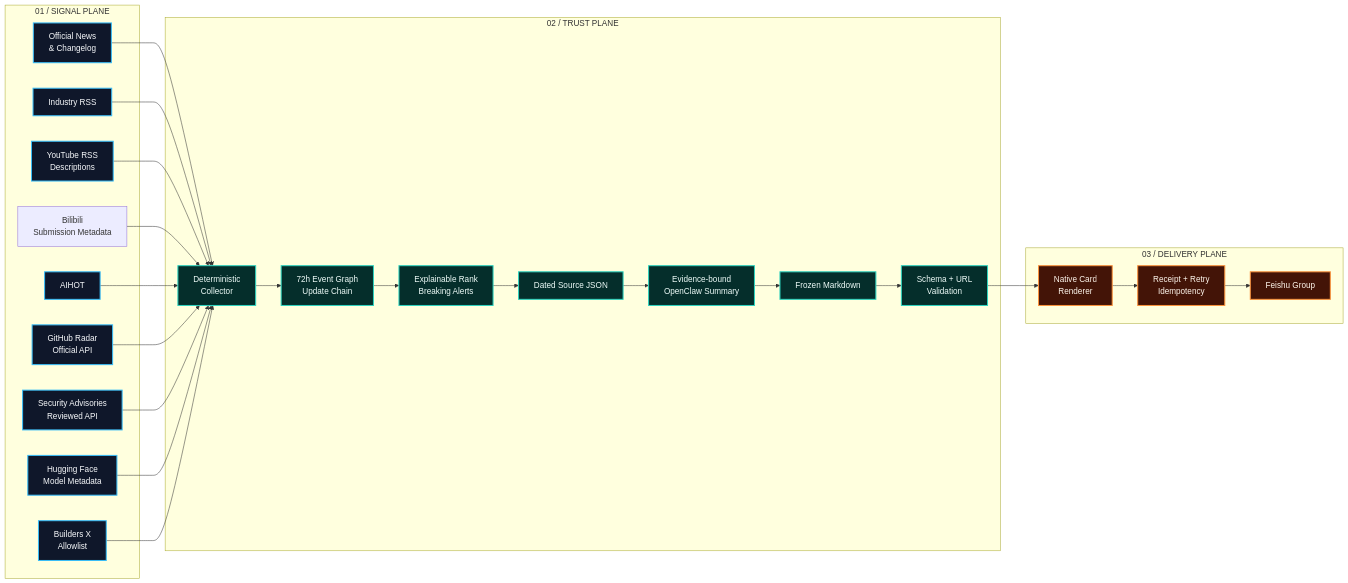
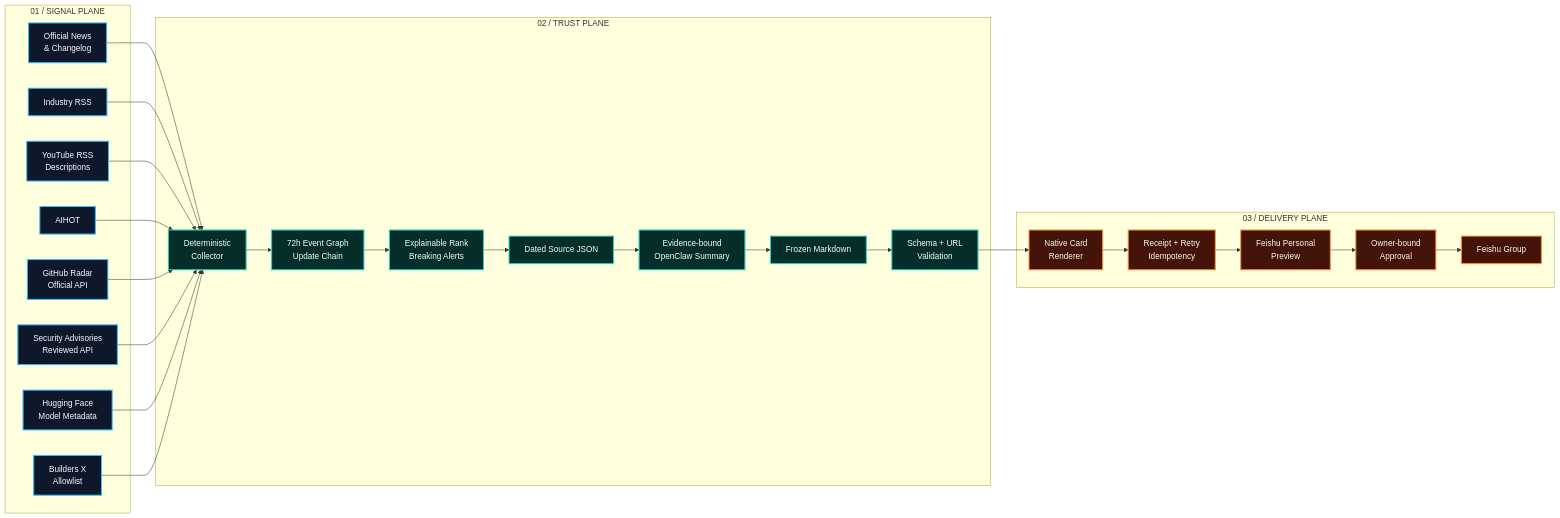
One commit to Health-525/ai-news-skills changed the diagram in README.md. Above: the diagram before and after it, drawn with Mermaid. The commit also changed other lines of this file and 12 other files, not shown here.

Commit message:
fix: retire bilibili and restore approval gate

````diff
--- a/README.md
+++ b/README.md
@@ -47,40 +47,41 @@
 ```mermaid
 flowchart LR
     subgraph SIGNAL["01 / SIGNAL PLANE"]
         A["Official News<br/>& Changelog"]
         B["Industry RSS"]
         C["YouTube RSS<br/>Descriptions"]
-        O["Bilibili<br/>Submission Metadata"]
         D["AIHOT"]
         E["GitHub Radar<br/>Official API"]
         P["Security Advisories<br/>Reviewed API"]
         Q["Hugging Face<br/>Model Metadata"]
         N["Builders X<br/>Allowlist"]
     end
 
     subgraph TRUST["02 / TRUST PLANE"]
         F["Deterministic<br/>Collector"]
         R["72h Event Graph<br/>Update Chain"]
         S["Explainable Rank<br/>Breaking Alerts"]
         G["Dated Source JSON"]
         H["Evidence-bound<br/>OpenClaw Summary"]
         I["Frozen Markdown"]
         J["Schema + URL<br/>Validation"]
     end
 
     subgraph DELIVERY["03 / DELIVERY PLANE"]
         K["Native Card<br/>Renderer"]
         L["Receipt + Retry<br/>Idempotency"]
-        M["Feishu Group"]
+        M["Feishu Personal<br/>Preview"]
+        U["Owner-bound<br/>Approval"]
+        V["Feishu Group"]
     end
 
-    A & B & C & O & D & E & P & Q & N --> F
-    F --> R --> S --> G --> H --> I --> J --> K --> L --> M
+    A & B & C & D & E & P & Q & N --> F
+    F --> R --> S --> G --> H --> I --> J --> K --> L --> M --> U --> V
 
     classDef signal fill:#0f172a,stroke:#38bdf8,color:#f8fafc,stroke-width:2px
     classDef trust fill:#052e2b,stroke:#2dd4bf,color:#f0fdfa,stroke-width:2px
     classDef delivery fill:#431407,stroke:#fb923c,color:#fff7ed,stroke-width:2px
     class A,B,C,D,E,N,P,Q signal
     class F,R,S,G,H,I,J trust
-    class K,L,M delivery
+    class K,L,M,U,V delivery
 ```
````
